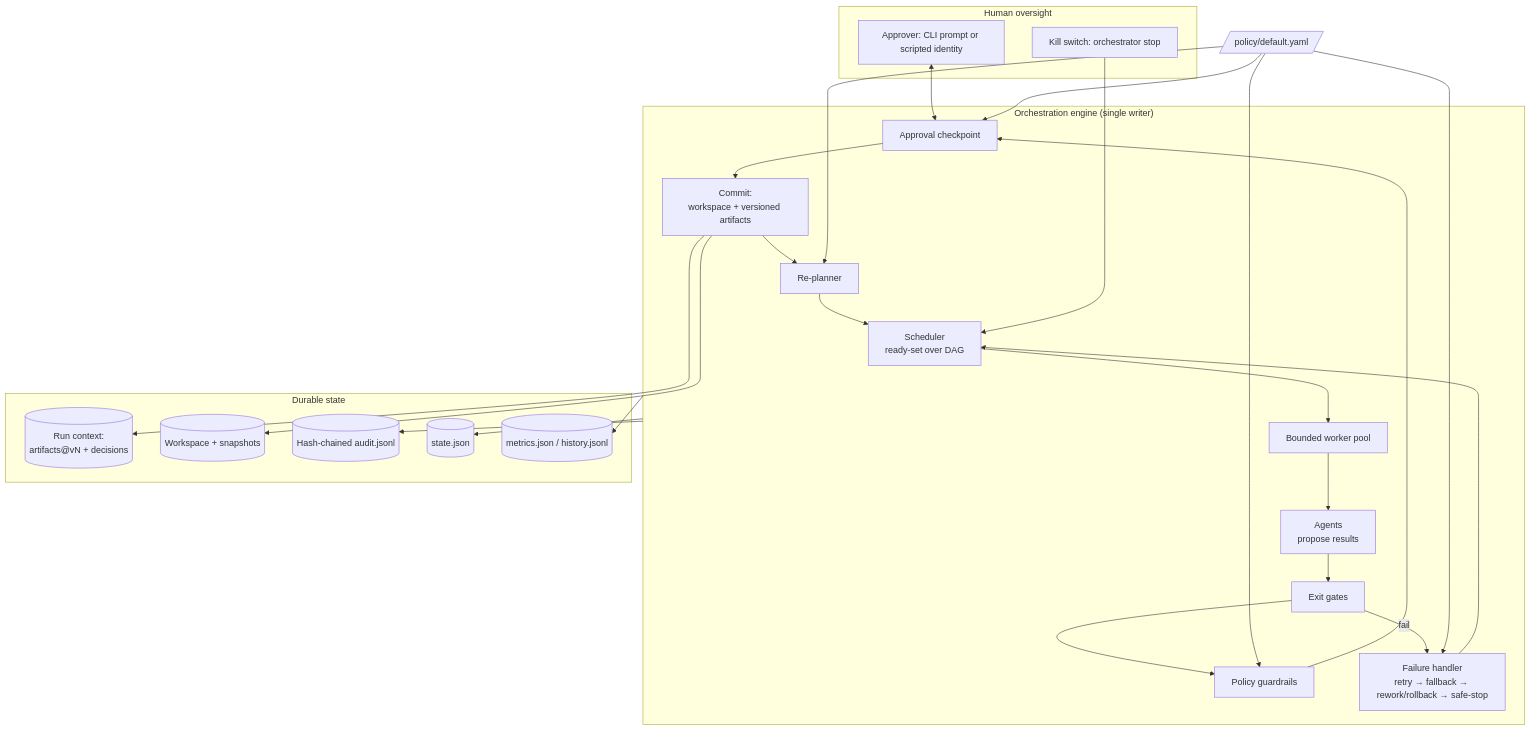
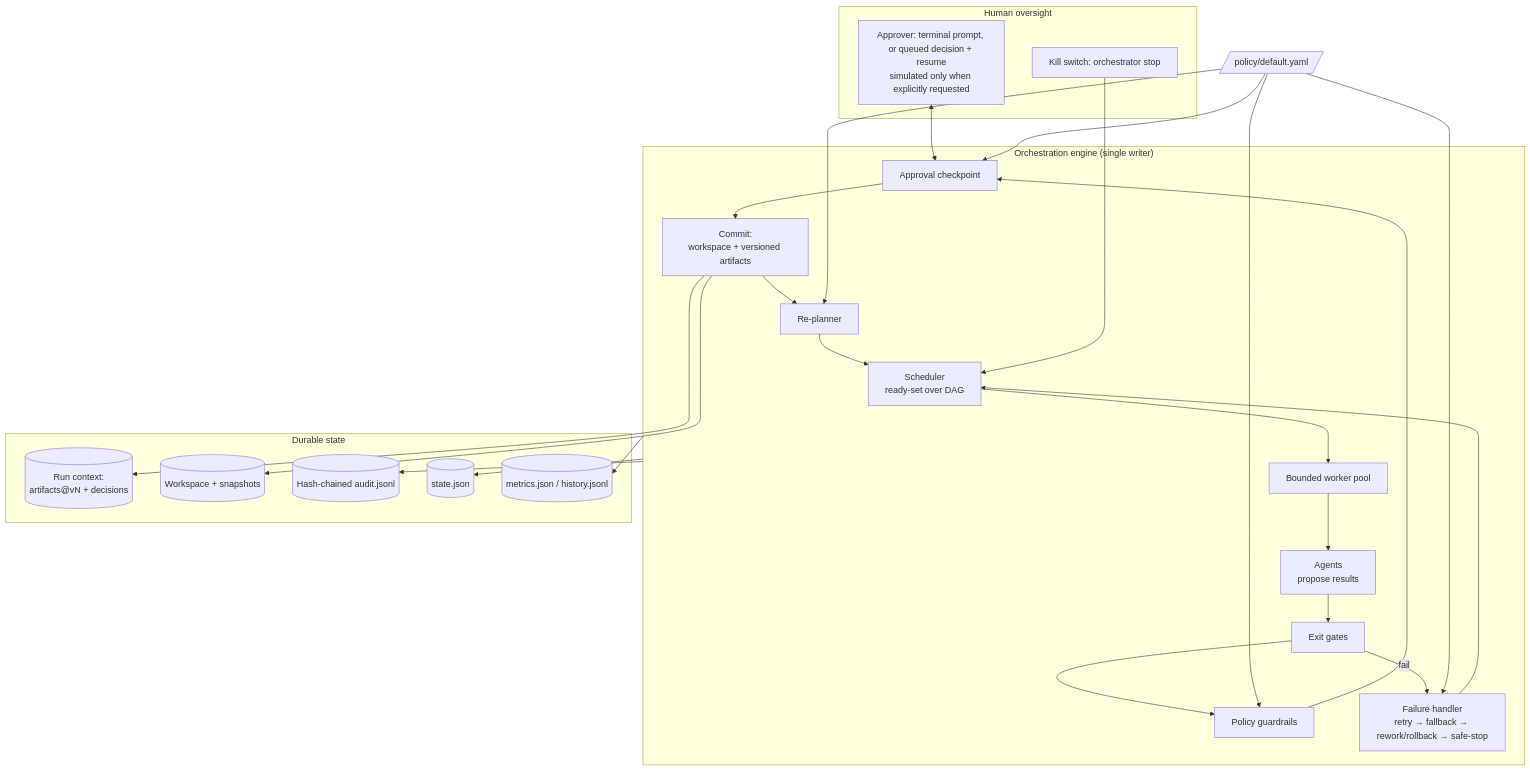
One commit to MSDrao/agentic-url-shortener changed the first of 2 diagrams in docs/ARCHITECTURE.md. Above: the diagram before and after it, drawn with Mermaid. The commit also changed other lines of this file and 87 other files, not shown here.

````diff
--- a/docs/ARCHITECTURE.md
+++ b/docs/ARCHITECTURE.md
@@ -5,31 +5,31 @@
 ```mermaid
 flowchart TB
   subgraph Human["Human oversight"]
-    H1[Approver: CLI prompt or scripted identity]
+    H1[Approver: terminal prompt, or queued decision + resume<br/>simulated only when explicitly requested]
     H2[Kill switch: orchestrator stop]
   end
   subgraph Engine["Orchestration engine (single writer)"]
     SCH[Scheduler<br/>ready-set over DAG] --> POOL[Bounded worker pool]
     POOL --> AG[Agents<br/>propose results]
     AG --> EXG[Exit gates]
     EXG --> POL[Policy guardrails]
     POL --> APR[Approval checkpoint]
     APR --> CMT[Commit:<br/>workspace + versioned artifacts]
     CMT --> RP[Re-planner]
     RP --> SCH
     EXG -- fail --> FH[Failure handler<br/>retry → fallback → rework/rollback → safe-stop]
     FH --> SCH
   end
   subgraph State["Durable state"]
     CTX[(Run context:<br/>artifacts@vN + decisions)]
     WS[(Workspace + snapshots)]
     AUD[(Hash-chained audit.jsonl)]
     ST[(state.json)]
     MET[(metrics.json / history.jsonl)]
   end
   H1 <--> APR
   H2 --> SCH
   CMT --> CTX & WS
   Engine --> AUD & ST & MET
   POLICY[/policy/default.yaml/] --> POL & APR & RP & FH
 ```
````
